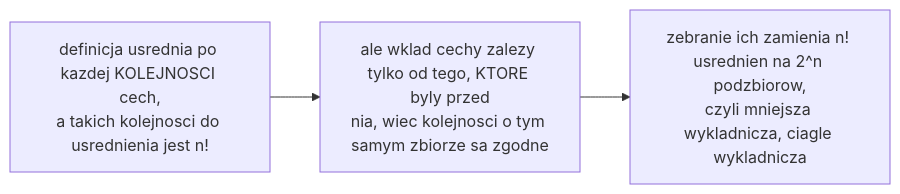
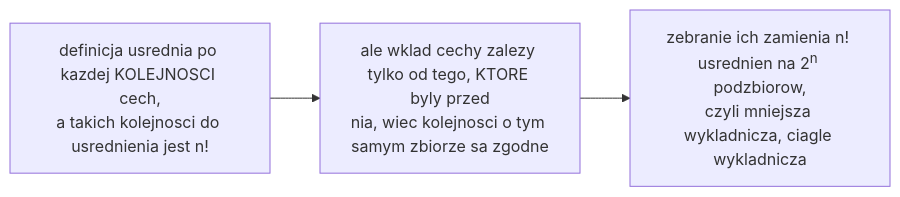
Before and after one commit to konradcinkusz/math-for-ai-engineers: the diagram in figures/mermaid/pl/p12-orderings-or-subsets.mmd, drawn with Mermaid. The commit also changed 24 other files, not shown here.

```diff
--- a/figures/mermaid/pl/p12-orderings-or-subsets.mmd
+++ b/figures/mermaid/pl/p12-orderings-or-subsets.mmd
@@ -1,4 +1,4 @@
 flowchart LR
   A["definicja usrednia po kazdej KOLEJNOSCI cech,<br/>a takich kolejnosci do usrednienia jest n!"]
   A --> B["ale wklad cechy zalezy tylko od tego, KTORE byly przed<br/>nia, wiec kolejnosci o tym samym zbiorze sa zgodne"]
-  B --> C["zebranie ich zamienia n! usrednien na 2^n podzbiorow,<br/>czyli mniejsza wykladnicza, ciagle wykladnicza"]
+  B --> C["zebranie ich zamienia n! usrednien na 2<sup>n</sup> podzbiorow,<br/>czyli mniejsza wykladnicza, ciagle wykladnicza"]
```
